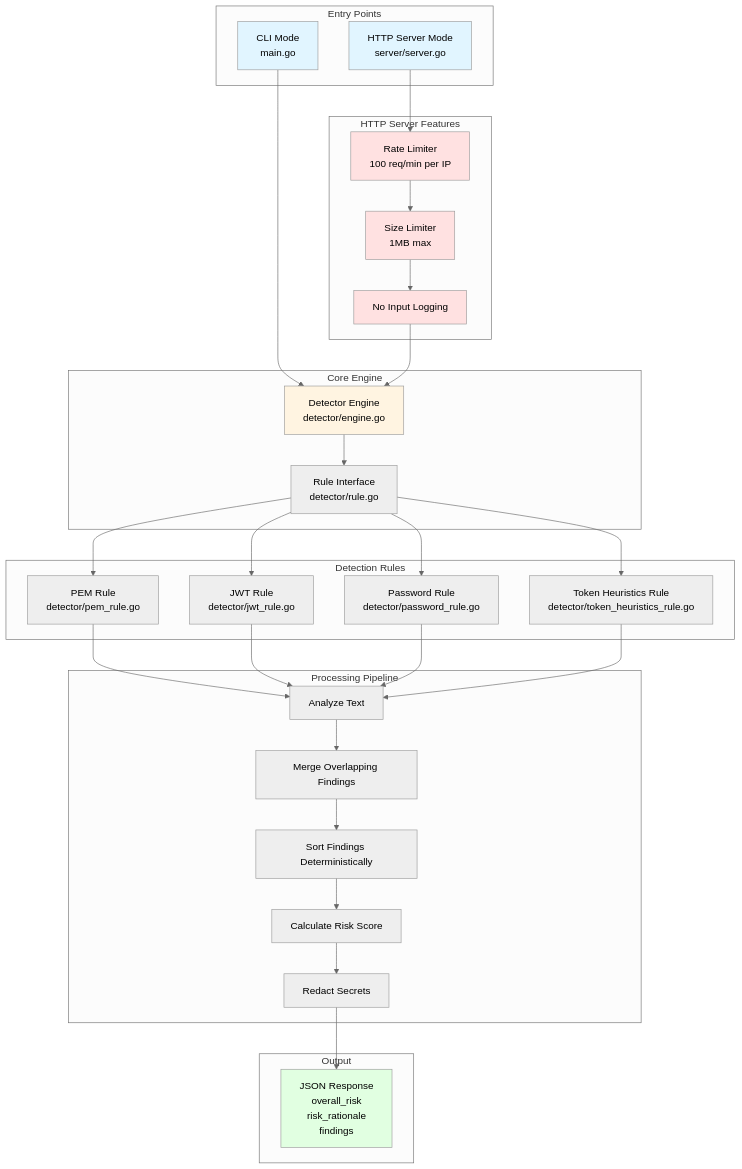
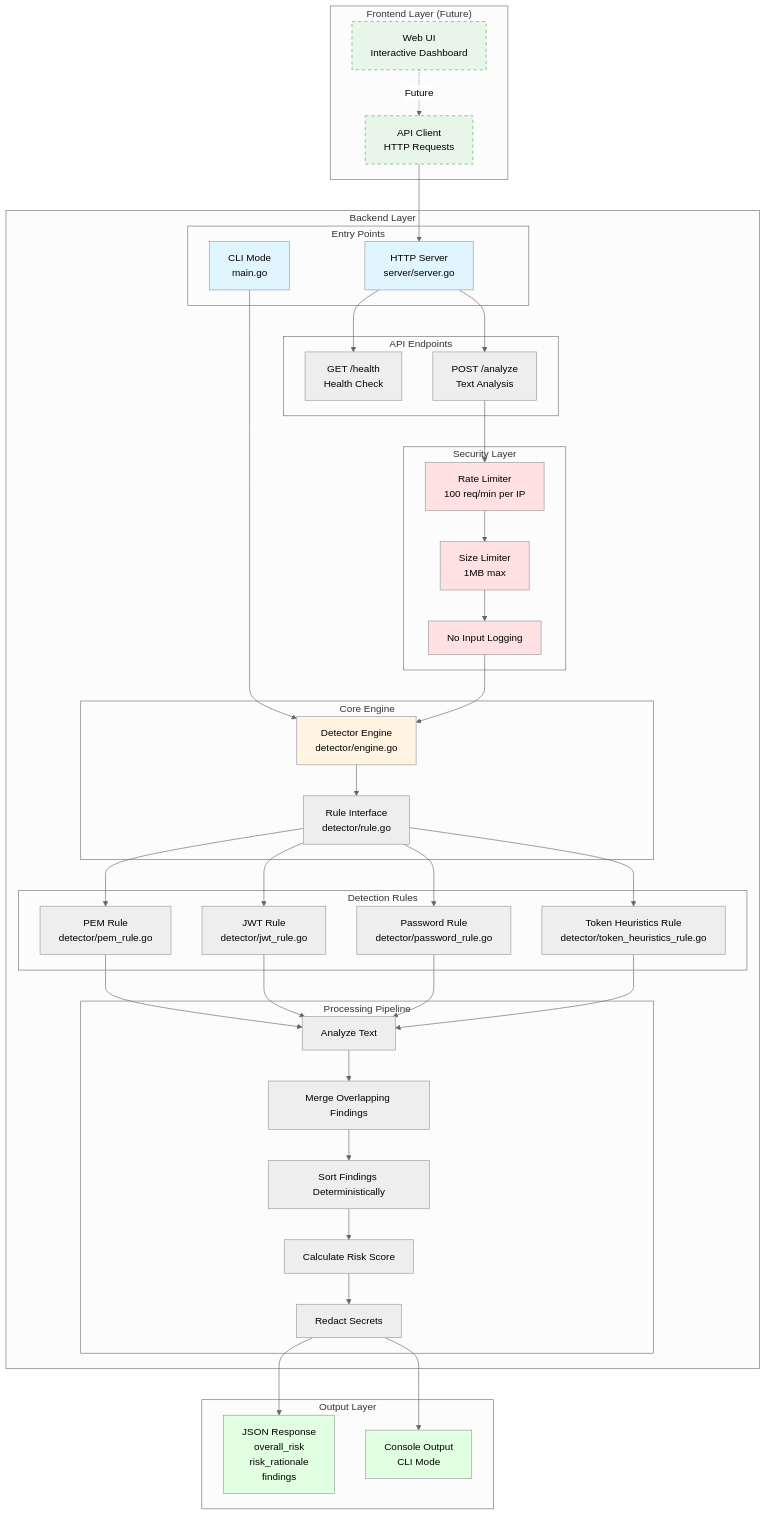
The diagram in ARCHITECTURE.md (AtharvaW195/hacknc_Leaklens), drawn with Mermaid (neutral theme) before and after one commit. The commit also changed other lines of this file and 22 other files, not shown here.

````diff
--- a/ARCHITECTURE.md
+++ b/ARCHITECTURE.md
@@ -13,42 +21,59 @@
 ```mermaid
 graph TB
-    subgraph Entry["Entry Points"]
-        CLI[CLI Mode<br/>main.go]
-        HTTP[HTTP Server Mode<br/>server/server.go]
+    subgraph Frontend["Frontend Layer (Future)"]
+        WebUI[Web UI<br/>Interactive Dashboard]
+        API_Client[API Client<br/>HTTP Requests]
     end
 
-    subgraph Core["Core Engine"]
-        Engine[Detector Engine<br/>detector/engine.go]
-        Rules[Rule Interface<br/>detector/rule.go]
+    subgraph Backend["Backend Layer"]
+        subgraph Entry["Entry Points"]
+            CLI[CLI Mode<br/>main.go]
+            HTTP[HTTP Server<br/>server/server.go]
+        end
+
+        subgraph API["API Endpoints"]
+            Health[GET /health<br/>Health Check]
+            Analyze[POST /analyze<br/>Text Analysis]
+        end
+
+        subgraph Security["Security Layer"]
+            RateLimit[Rate Limiter<br/>100 req/min per IP]
+            SizeLimit[Size Limiter<br/>1MB max]
+            NoLog[No Input Logging]
+        end
+
+        subgraph Core["Core Engine"]
+            Engine[Detector Engine<br/>detector/engine.go]
+            Rules[Rule Interface<br/>detector/rule.go]
+        end
+
+        subgraph Detection["Detection Rules"]
+            PEM[PEM Rule<br/>detector/pem_rule.go]
+            JWT[JWT Rule<br/>detector/jwt_rule.go]
+            Password[Password Rule<br/>detector/password_rule.go]
+            Token[Token Heuristics Rule<br/>detector/token_heuristics_rule.go]
+        end
+
+        subgraph Pipeline["Processing Pipeline"]
+            Analyze_Proc[Analyze Text]
+            Merge[Merge Overlapping Findings]
+            Sort[Sort Findings Deterministically]
+            Redact[Redact Secrets]
+            Score[Calculate Risk Score]
+        end
     end
 
-    subgraph Detection["Detection Rules"]
-        PEM[PEM Rule<br/>detector/pem_rule.go]
-        JWT[JWT Rule<br/>detector/jwt_rule.go]
-        Password[Password Rule<br/>detector/password_rule.go]
-        Token[Token Heuristics Rule<br/>detector/token_heuristics_rule.go]
+    subgraph Output["Output Layer"]
+        JSON[JSON Response<br/>overall_risk<br/>risk_rationale<br/>findings]
+        Console[Console Output<br/>CLI Mode]
     end
 
-    subgraph Pipeline["Processing Pipeline"]
-        Analyze[Analyze Text]
-        Merge[Merge Overlapping Findings]
-        Sort[Sort Findings Deterministically]
-        Redact[Redact Secrets]
-        Score[Calculate Risk Score]
-    end
-
-    subgraph Security["HTTP Server Features"]
-        RateLimit[Rate Limiter<br/>100 req/min per IP]
-        SizeLimit[Size Limiter<br/>1MB max]
-        NoLog[No Input Logging]
-    end
-
-    subgraph Output["Output"]
-        JSON[JSON Response<br/>overall_risk<br/>risk_rationale<br/>findings]
-    end
-
+    WebUI -.->|Future| API_Client
+    API_Client --> HTTP
     CLI --> Engine
-    HTTP --> RateLimit
+    HTTP --> Health
+    HTTP --> Analyze
+    Analyze --> RateLimit
     RateLimit --> SizeLimit
     SizeLimit --> NoLog
     NoLog --> Engine
@@ -59,17 +84,20 @@
     Rules --> Password
     Rules --> Token
 
-    PEM --> Analyze
-    JWT --> Analyze
-    Password --> Analyze
-    Token --> Analyze
+    PEM --> Analyze_Proc
+    JWT --> Analyze_Proc
+    Password --> Analyze_Proc
+    Token --> Analyze_Proc
 
-    Analyze --> Merge
+    Analyze_Proc --> Merge
     Merge --> Sort
     Sort --> Score
     Score --> Redact
     Redact --> JSON
+    Redact --> Console
 
+    style WebUI fill:#e8f5e9,stroke:#4caf50,stroke-dasharray: 5 5
+    style API_Client fill:#e8f5e9,stroke:#4caf50,stroke-dasharray: 5 5
     style CLI fill:#e1f5ff
     style HTTP fill:#e1f5ff
     style Engine fill:#fff4e1
@@ -77,4 +105,5 @@
     style SizeLimit fill:#ffe1e1
     style NoLog fill:#ffe1e1
     style JSON fill:#e1ffe1
+    style Console fill:#e1ffe1
 ```
````
